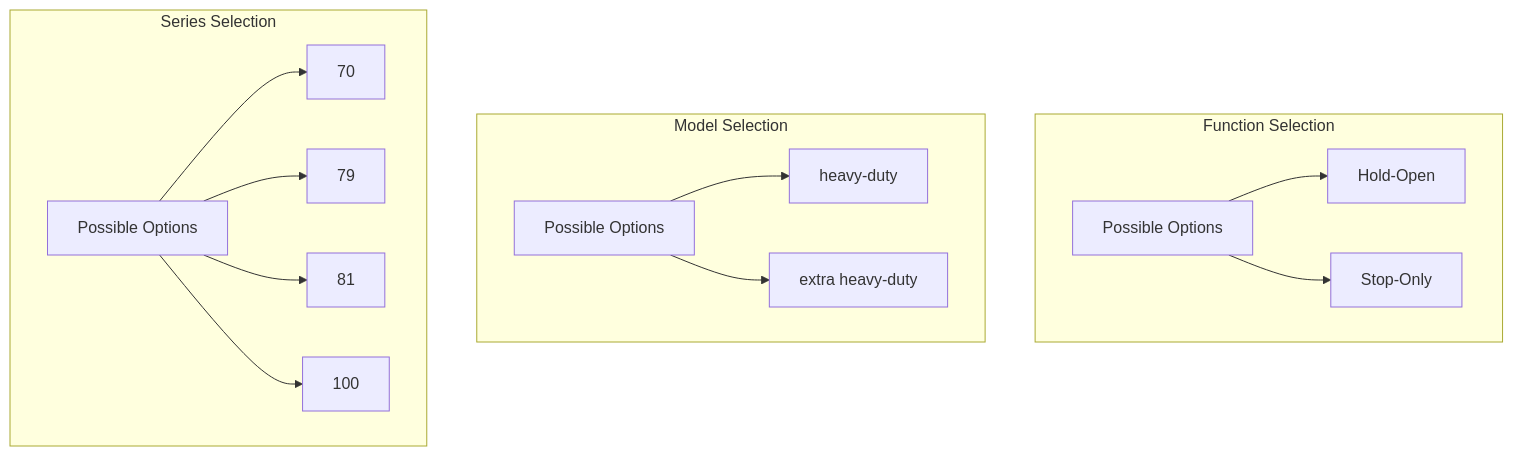
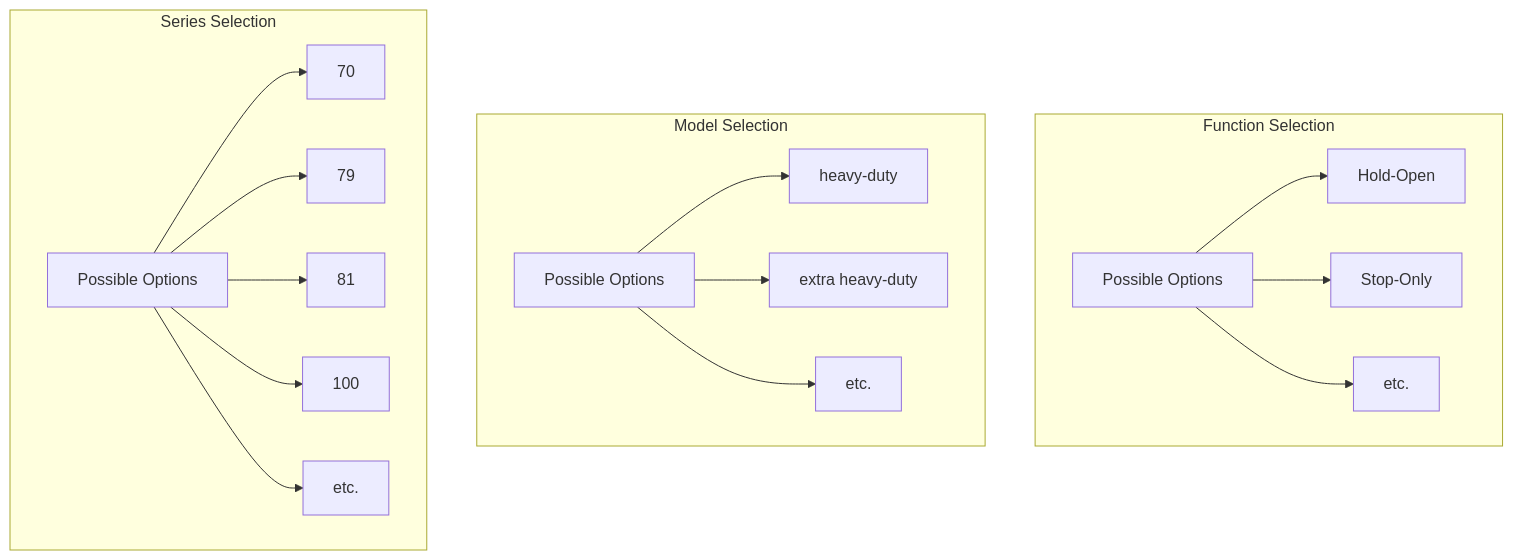
The first of 4 diagrams in README.md (alokdas81/diamond-pricebook-diagram), drawn with Mermaid before and after one commit. The commit also changed other lines of this file, not shown here.

````diff
--- a/README.md
+++ b/README.md
@@ -178,36 +178,42 @@
 ```mermaid
 graph TB
 
 
 subgraph Function Selection
 D[Possible Options]
 E[Hold-Open]
 F[Stop-Only]
+H[etc.]
 end
 
 subgraph Model Selection
 A[Possible Options]
 B[heavy-duty]
 C[extra heavy-duty]
+I[etc.]
 end
 
 subgraph Series Selection
 G[Possible Options]
 70
 79
 81
 100
+J[etc.]
 end
 
 A --> B
 A --> C
+A --> I
 
 D --> E
 D --> F
+D --> H
 
 G --> 70
 G --> 79
 G --> 81
 G --> 100
+G --> J
 
 ```
````
